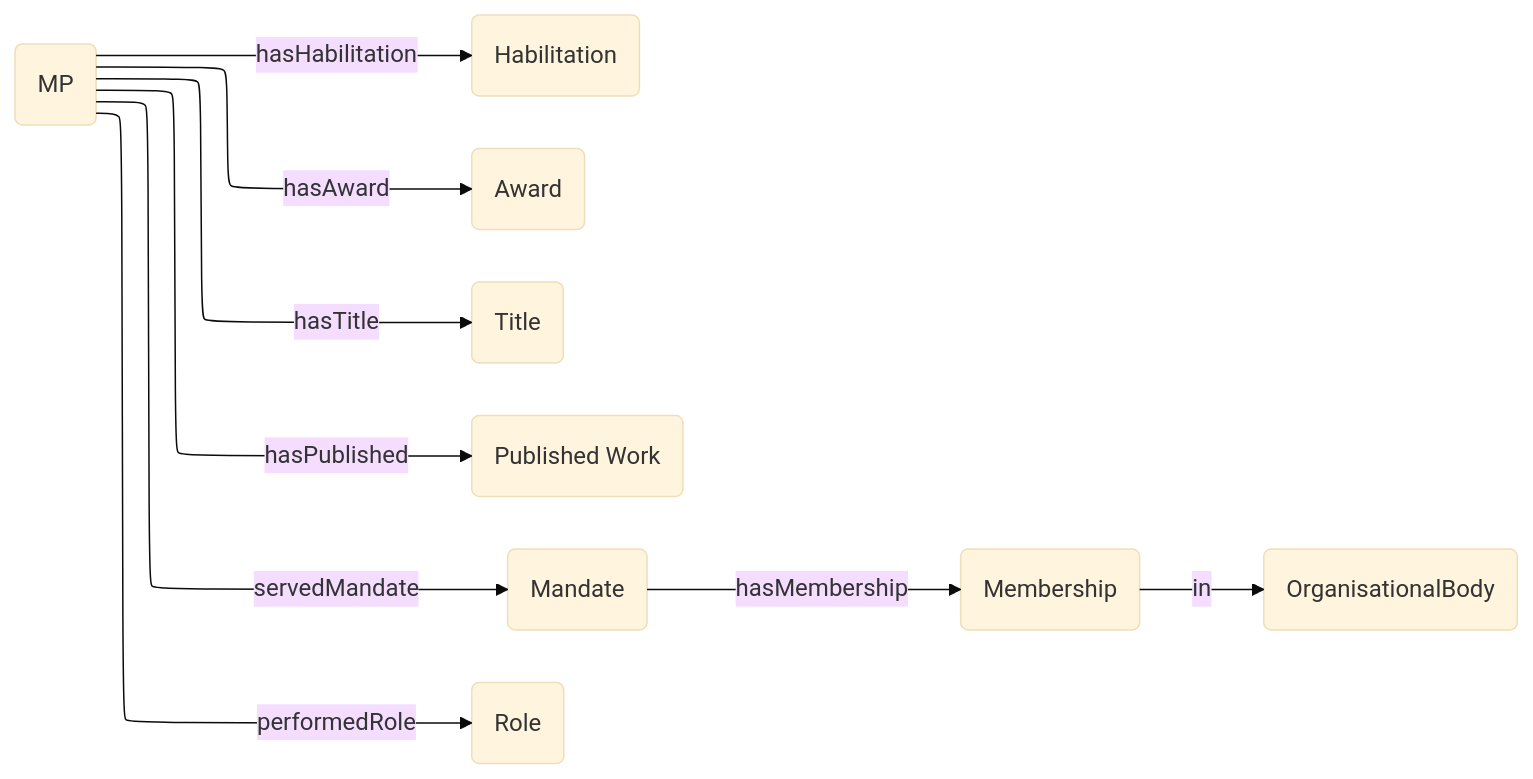
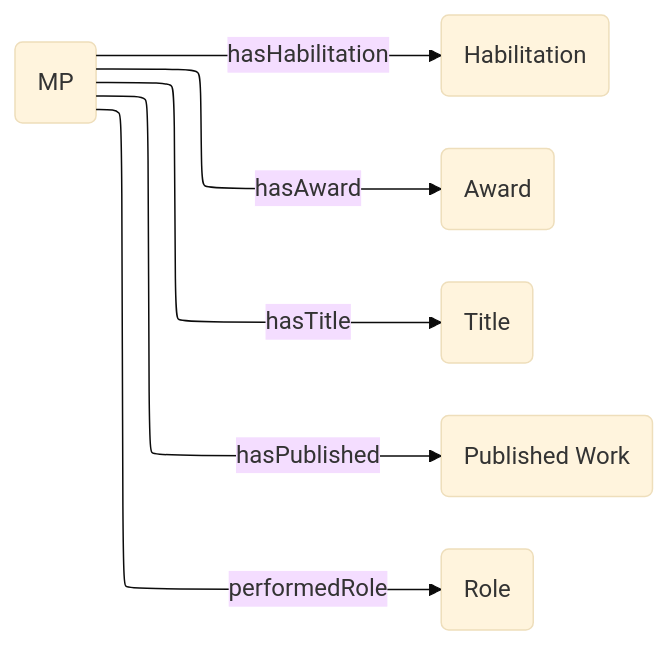
Before and after one commit to politrackpt/ontologies: the diagram in OpenDataGOV-AP/DataModel/mp.mermaid, drawn with Mermaid (base theme). The commit also changed 2 other files, not shown here.

```diff
--- a/OpenDataGOV-AP/DataModel/mp.mermaid
+++ b/OpenDataGOV-AP/DataModel/mp.mermaid
@@ -1,13 +1,10 @@
 ---
 config:
   layout: elk
 ---
 flowchart LR
     Person("MP") -- hasHabilitation --> Edu("Habilitation")
     Person -- hasAward --> Award("Award")
     Person -- hasTitle --> Title("Title")
     Person -- hasPublished --> Work("Published Work")
-    Person -- servedMandate --> Mandate("Mandate")
     Person -- performedRole --> Role("Role")
-    Mandate -- hasMembership --> Mem("Membership")
-    Mem -- in --> Body("OrganisationalBody")
```
